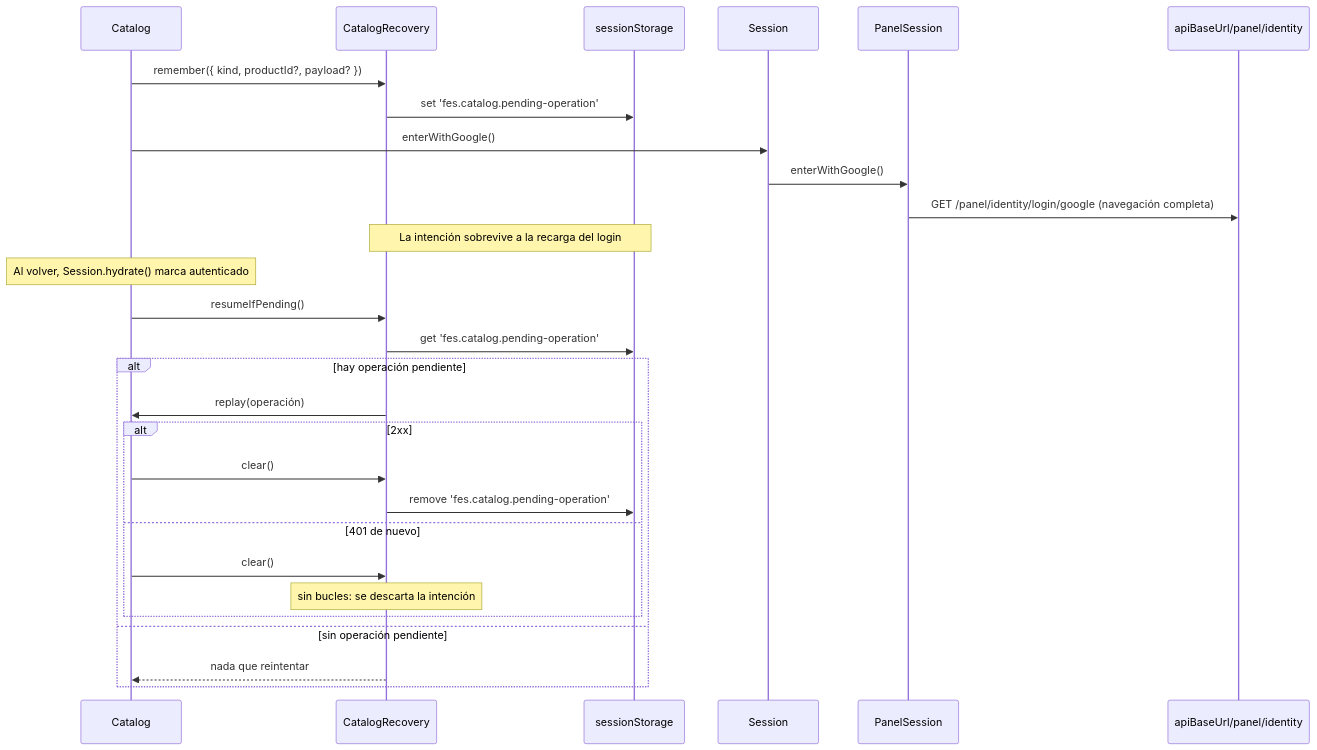
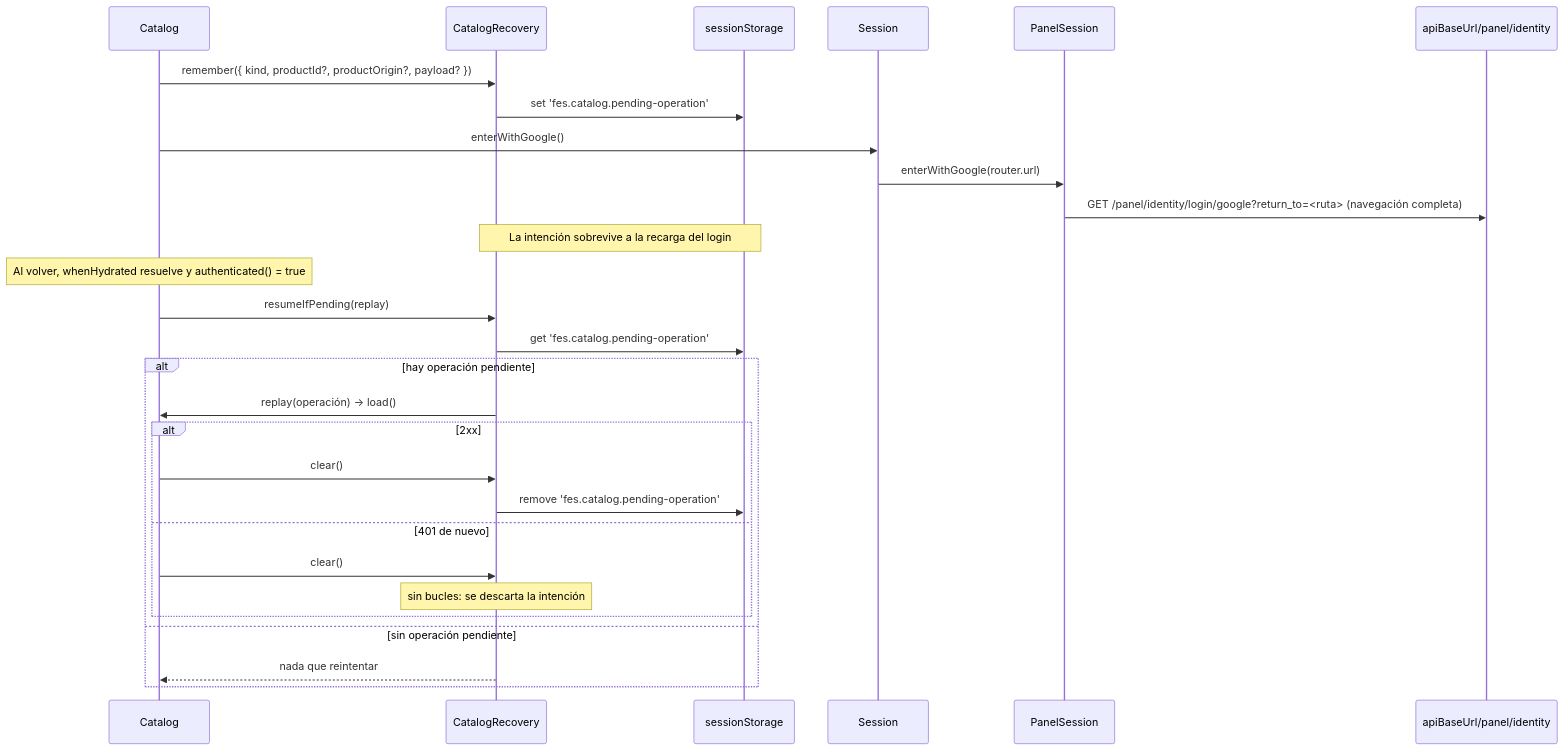
The sixth of 10 diagrams in specs/002-panel-catalog-management/uml.md (Dariosoft/fes-panel-web), drawn with Mermaid before and after one commit. The commit also changed other lines of this file and 3 other files, not shown here.

````diff
--- a/specs/002-panel-catalog-management/uml.md
+++ b/specs/002-panel-catalog-management/uml.md
@@ -190,32 +284,32 @@
 ```mermaid
 sequenceDiagram
   participant Cat as Catalog
   participant Rec as CatalogRecovery
   participant SS as sessionStorage
   participant Session as Session
   participant PS as PanelSession
   participant API as apiBaseUrl/panel/identity
 
-  Cat->>Rec: remember({ kind, productId?, payload? })
+  Cat->>Rec: remember({ kind, productId?, productOrigin?, payload? })
   Rec->>SS: set 'fes.catalog.pending-operation'
   Cat->>Session: enterWithGoogle()
-  Session->>PS: enterWithGoogle()
-  PS->>API: GET /panel/identity/login/google (navegación completa)
+  Session->>PS: enterWithGoogle(router.url)
+  PS->>API: GET /panel/identity/login/google?return_to=<ruta> (navegación completa)
   Note over Rec,SS: La intención sobrevive a la recarga del login
 
-  Note over Cat: Al volver, Session.hydrate() marca autenticado
-  Cat->>Rec: resumeIfPending()
+  Note over Cat: Al volver, whenHydrated resuelve y authenticated() = true
+  Cat->>Rec: resumeIfPending(replay)
   Rec->>SS: get 'fes.catalog.pending-operation'
   alt hay operación pendiente
-    Rec->>Cat: replay(operación)
+    Rec->>Cat: replay(operación) → load()
     alt 2xx
       Cat->>Rec: clear()
       Rec->>SS: remove 'fes.catalog.pending-operation'
     else 401 de nuevo
       Cat->>Rec: clear()
       Note over Rec: sin bucles: se descarta la intención
     end
   else sin operación pendiente
     Rec-->>Cat: nada que reintentar
   end
 ```
````
